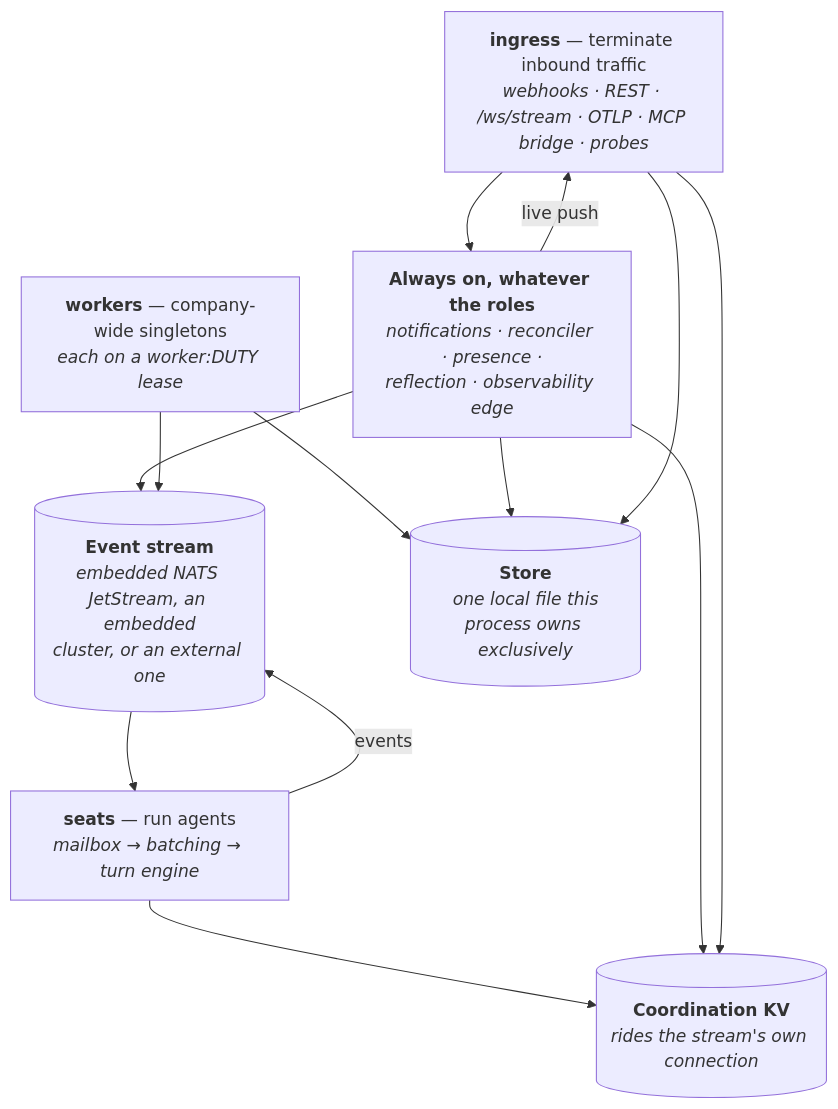
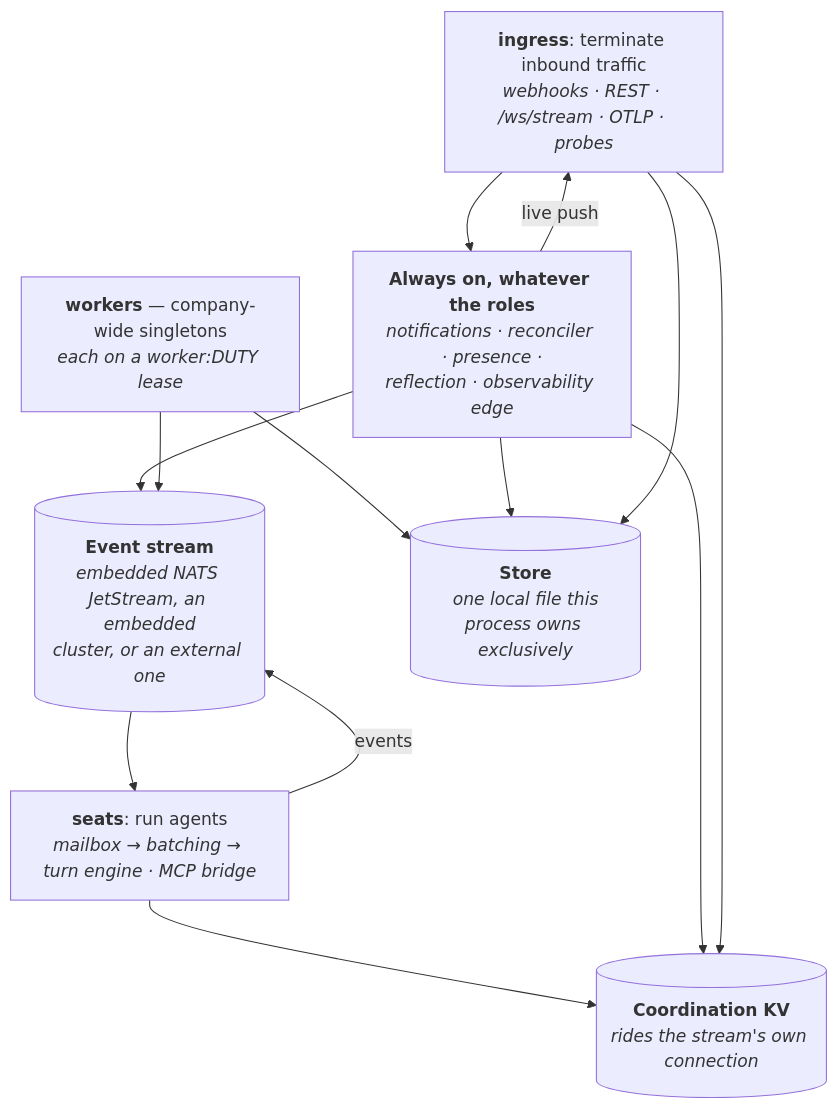
Before and after one commit to crewlet/crewlet: the third of 10 diagrams in docs/concepts/architecture.md, drawn with Mermaid. The commit also changed other lines of this file and 18 other files, not shown here.

````diff
--- a/docs/concepts/architecture.md
+++ b/docs/concepts/architecture.md
@@ -108,21 +108,21 @@
 ```mermaid
 flowchart TB
-    ING["<b>ingress</b> — terminate inbound traffic<br/><i>webhooks · REST · /ws/stream · OTLP · MCP bridge · probes</i>"]
+    ING["<b>ingress</b>: terminate inbound traffic<br/><i>webhooks · REST · /ws/stream · OTLP · probes</i>"]
     ALWAYS["<b>Always on, whatever the roles</b><br/><i>notifications · reconciler · presence ·<br/>reflection · observability edge</i>"]
-    SEATS["<b>seats</b> — run agents<br/><i>mailbox → batching → turn engine</i>"]
+    SEATS["<b>seats</b>: run agents<br/><i>mailbox → batching → turn engine · MCP bridge</i>"]
     WORK["<b>workers</b> — company-wide singletons<br/><i>each on a worker:DUTY lease</i>"]
     STREAM[("<b>Event stream</b><br/><i>embedded NATS JetStream, an embedded<br/>cluster, or an external one</i>")]
     KV[("<b>Coordination KV</b><br/><i>rides the stream's own connection</i>")]
     DB[("<b>Store</b><br/><i>one local file this<br/>process owns exclusively</i>")]
 
     ING --> ALWAYS --> STREAM --> SEATS
     SEATS -->|events| STREAM
     SEATS --> KV
     WORK --> STREAM
     WORK --> DB
     ALWAYS -->|"live push"| ING
     ALWAYS --> KV
     ALWAYS --> DB
     ING --> KV
     ING --> DB
 ```
````
